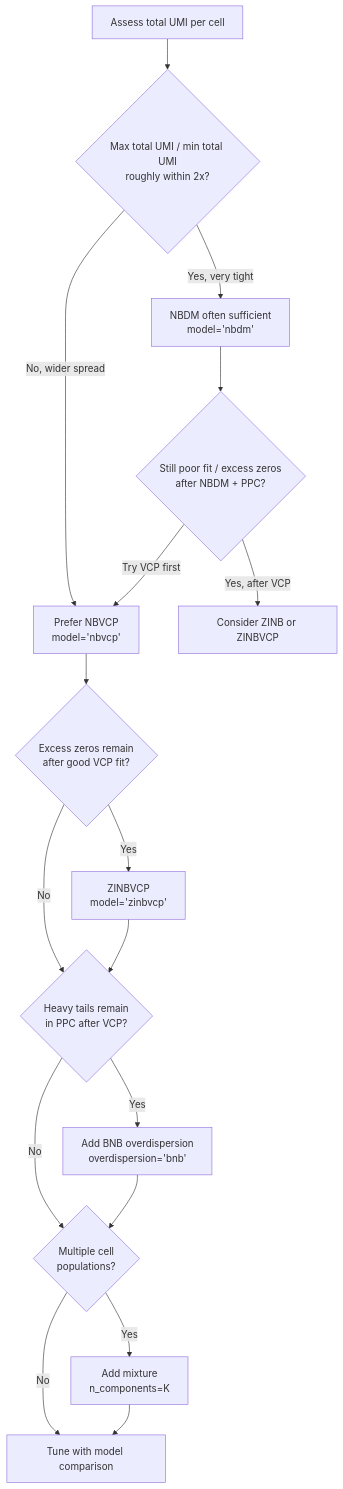
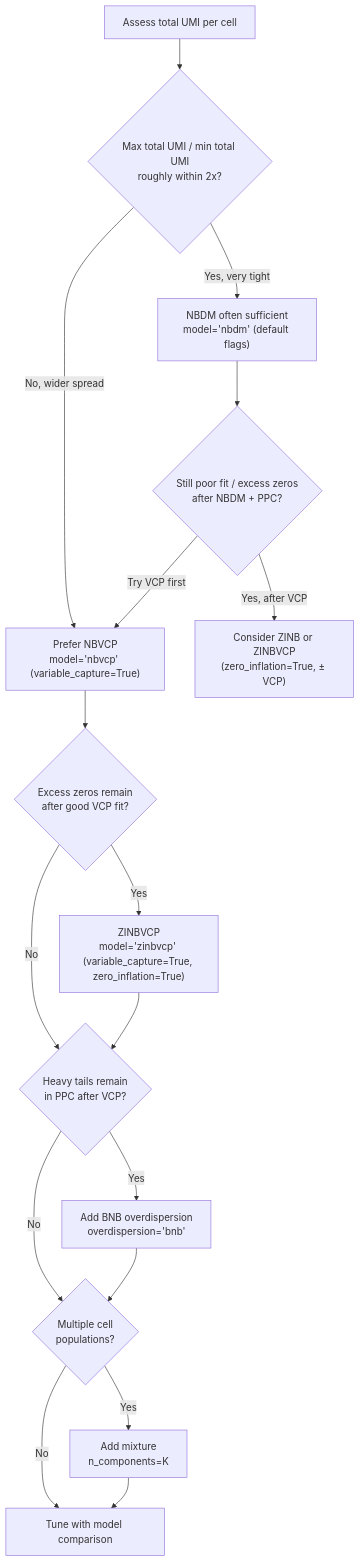
Before and after one commit to mrazomej/scribe: the second of 2 diagrams in docs/guide/model-selection.md, drawn with Mermaid. The commit also changed other lines of this file and 15 other files, not shown here.

````diff
--- a/docs/guide/model-selection.md
+++ b/docs/guide/model-selection.md
@@ -61,19 +69,19 @@
 ```mermaid
 graph TD
     Start["Assess total UMI per cell"] --> Qtot{"Max total UMI / min total UMI<br/>roughly within 2x?"}
-    Qtot -->|Yes, very tight| Base["NBDM often sufficient<br/>model='nbdm'"]
-    Qtot -->|No, wider spread| VCP0["Prefer NBVCP<br/>model='nbvcp'"]
+    Qtot -->|Yes, very tight| Base["NBDM often sufficient<br/>model='nbdm' (default flags)"]
+    Qtot -->|No, wider spread| VCP0["Prefer NBVCP<br/>model='nbvcp' (variable_capture=True)"]
     Base --> Qzi{"Still poor fit / excess zeros<br/>after NBDM + PPC?"}
     Qzi -->|Try VCP first| VCP0
-    Qzi -->|Yes, after VCP| ZI["Consider ZINB or ZINBVCP"]
+    Qzi -->|Yes, after VCP| ZI["Consider ZINB or ZINBVCP<br/>(zero_inflation=True, ± VCP)"]
     VCP0 --> Qzi2{"Excess zeros remain<br/>after good VCP fit?"}
     Qzi2 -->|No| Qtail{"Heavy tails remain<br/>in PPC after VCP?"}
-    Qzi2 -->|Yes| ZINBV["ZINBVCP<br/>model='zinbvcp'"]
+    Qzi2 -->|Yes| ZINBV["ZINBVCP<br/>model='zinbvcp' (variable_capture=True, zero_inflation=True)"]
     ZINBV --> Qtail
     Qtail -->|Yes| BNB["Add BNB overdispersion<br/>overdispersion='bnb'"]
     Qtail -->|No| Qmix{"Multiple cell<br/>populations?"}
     BNB --> Qmix
     Qmix -->|Yes| Mix["Add mixture<br/>n_components=K"]
     Qmix -->|No| Done["Tune with model comparison"]
     Mix --> Done
 ```
````
